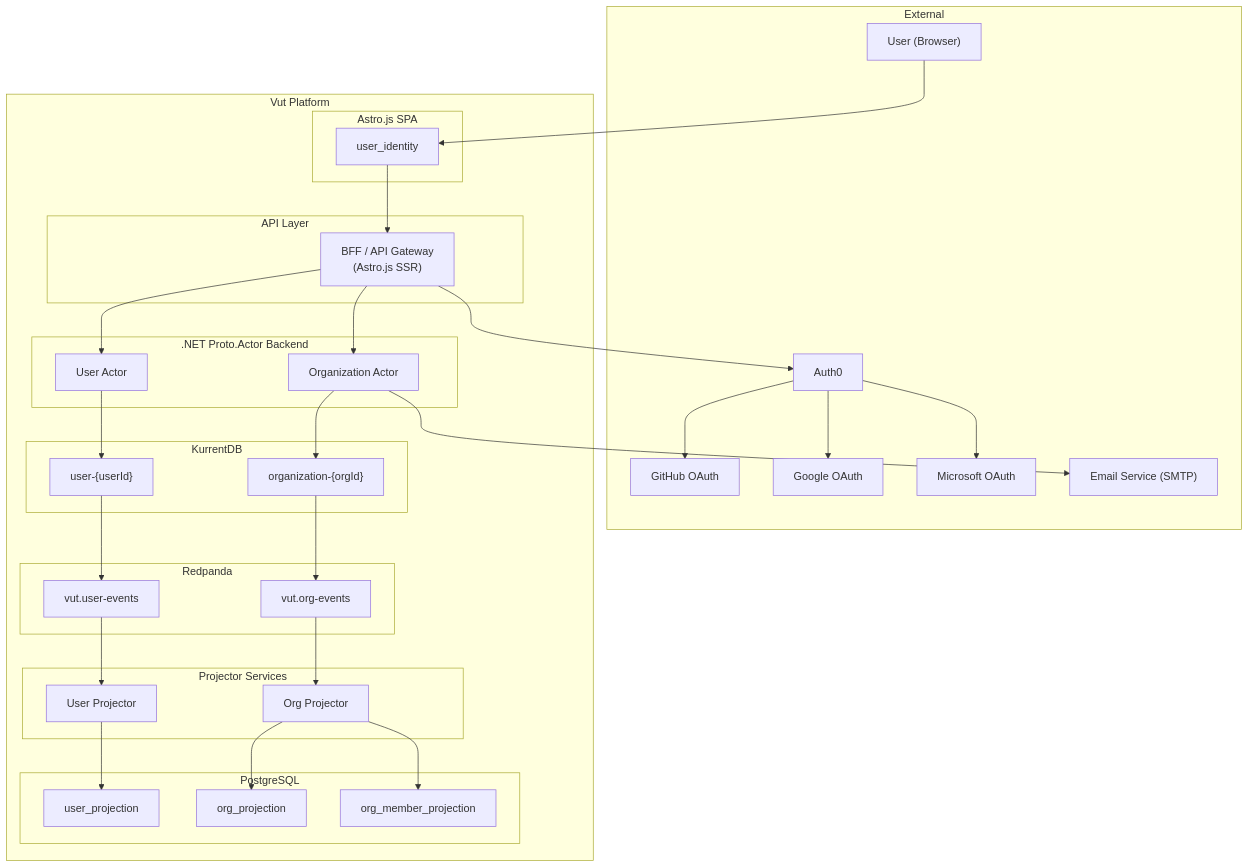
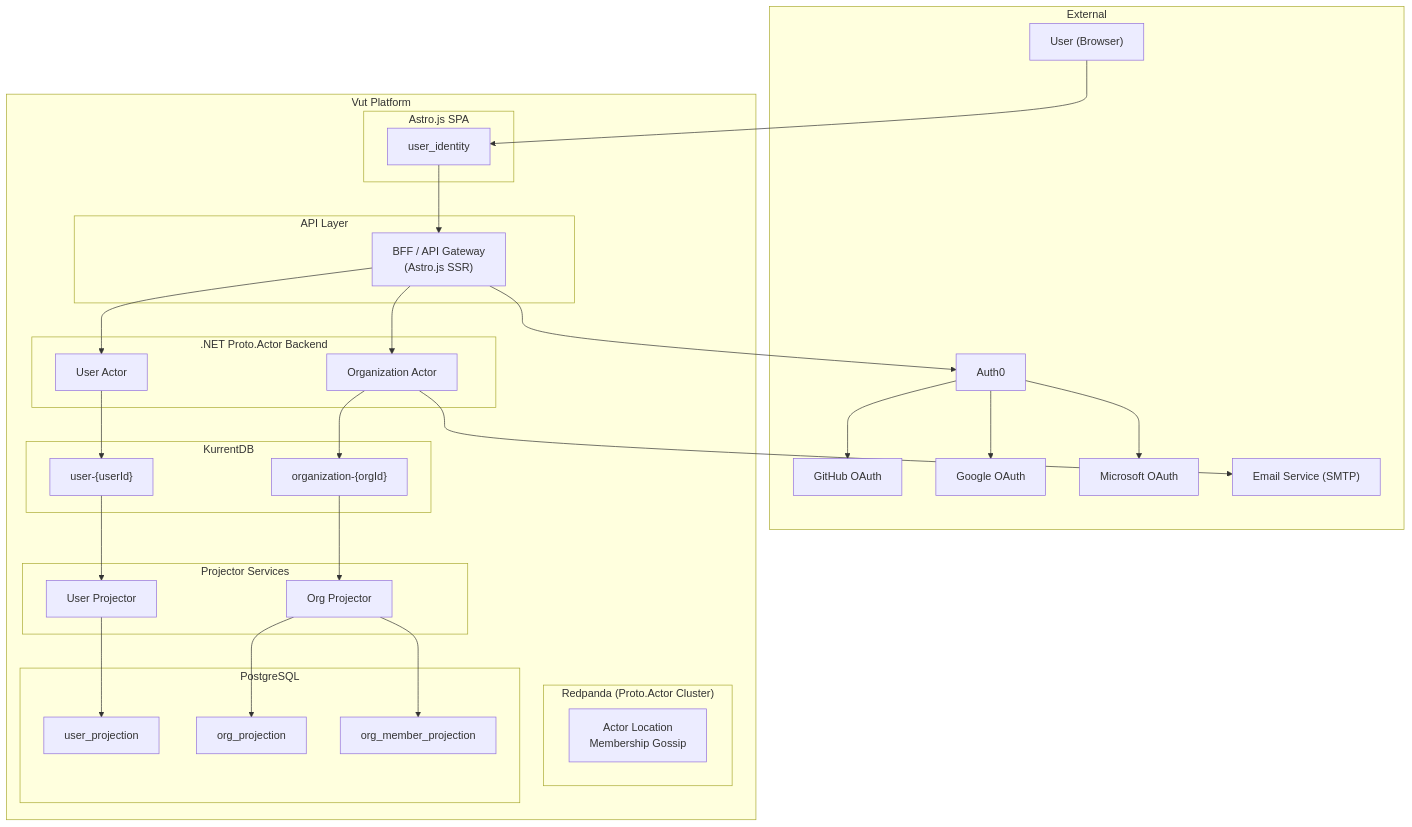
Before and after one commit to lekhasy/Vut: the first of 15 diagrams in epics/01-epic-first-signin-org/architecture/architecture.md, drawn with Mermaid. The commit also changed other lines of this file and 16 other files, not shown here.

Commit message:
Architecture change to projecting directly from kurrent db

````diff
--- a/epics/01-epic-first-signin-org/architecture/architecture.md
+++ b/epics/01-epic-first-signin-org/architecture/architecture.md
@@ -7,67 +7,64 @@
 ```mermaid
 graph TB
     subgraph External
         User["User (Browser)"]
         GH["GitHub OAuth"]
         Google["Google OAuth"]
         MS["Microsoft OAuth"]
         Auth0["Auth0"]
         SMTP["Email Service (SMTP)"]
     end
 
     subgraph Vut Platform
         subgraph Frontend["Astro.js SPA"]
             UI["UI Shell<br/>Sidebar / Routing"]
         end
 
         subgraph API["API Layer"]
             BFF["BFF / API Gateway<br/>(Astro.js SSR)"]
         end
 
         subgraph Backend[".NET Proto.Actor Backend"]
             UA["User Actor"]
             OA["Organization Actor"]
         end
 
         subgraph EventStore["KurrentDB"]
             US["user-{userId}"]
             OS["organization-{orgId}"]
         end
 
-        subgraph Messaging["Redpanda"]
-            RT["vut.user-events"]
-            RO["vut.org-events"]
+        subgraph Cluster["Redpanda (Proto.Actor Cluster)"]
+            CL["Actor Location<br/>Membership Gossip"]
         end
 
         subgraph ReadModel["PostgreSQL"]
             UP["user_projection"]
             UI["user_identity"]
             OP["org_projection"]
             OMP["org_member_projection"]
         end
 
         subgraph Projectors["Projector Services"]
             PU["User Projector"]
             PO["Org Projector"]
         end
     end
 
     User --> UI
     UI --> BFF
     BFF --> Auth0
     Auth0 --> GH
     Auth0 --> Google
     Auth0 --> MS
     BFF --> UA
     BFF --> OA
     UA --> US
     OA --> OS
-    US --> RT
-    OS --> RO
-    RT --> PU
-    RO --> PO
+    US --> PU
+    OS --> PO
     PU --> UP
     PO --> OP
     PO --> OMP
     OA --> SMTP
 ```
````
